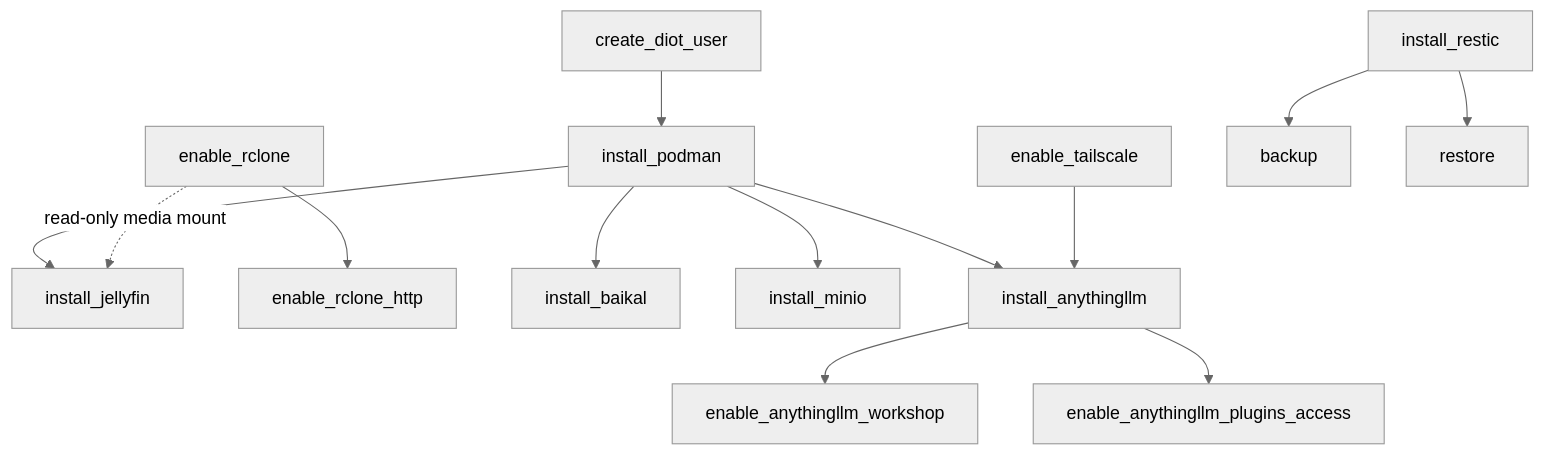
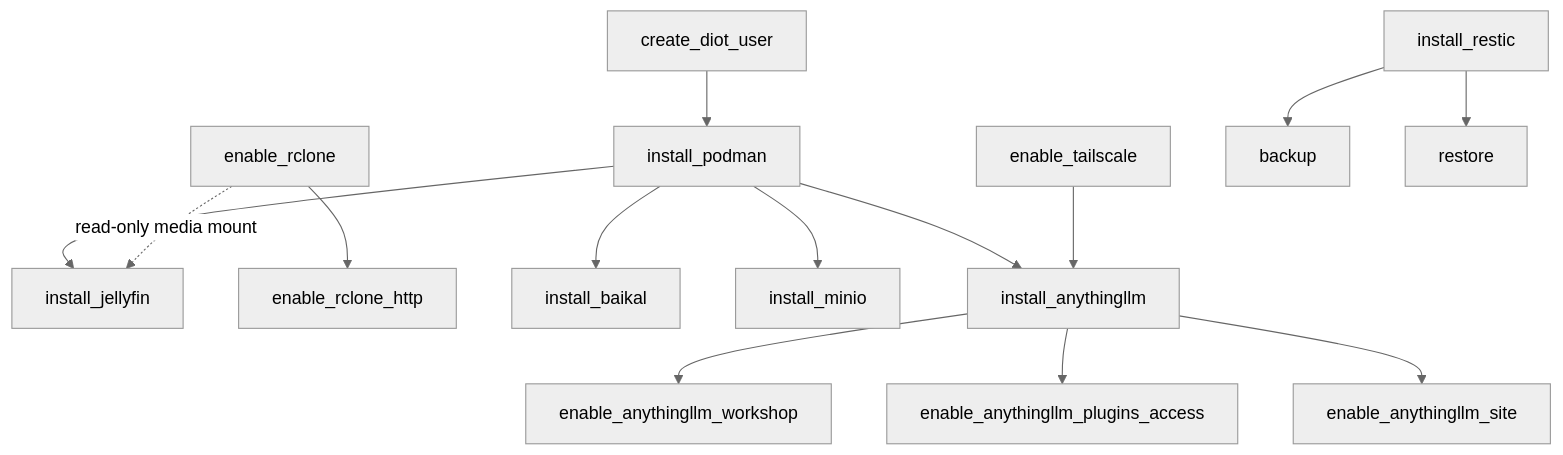
The diagram in README.md (BinaryBand/strata), drawn with Mermaid (neutral theme) before and after one commit. The commit also changed other lines of this file and 7 other files, not shown here.

First line of the commit message:
feat(services): add enable_anythingllm_site runbook

````diff
--- a/README.md
+++ b/README.md
@@ -96,15 +96,16 @@
 ```mermaid
 flowchart TD
     diot[create_diot_user] --> podman[install_podman]
     podman --> jellyfin[install_jellyfin]
     rclone[enable_rclone] -. read-only media mount .-> jellyfin
     rclone --> rclone_http[enable_rclone_http]
     podman --> baikal[install_baikal]
     podman --> minio[install_minio]
     podman --> anythingllm[install_anythingllm]
     tailscale[enable_tailscale] --> anythingllm
     anythingllm --> anythingllm_workshop[enable_anythingllm_workshop]
     anythingllm --> anythingllm_plugins_access[enable_anythingllm_plugins_access]
+    anythingllm --> anythingllm_site[enable_anythingllm_site]
     restic[install_restic] --> backup[backup]
     restic --> restore[restore]
 ```
````
